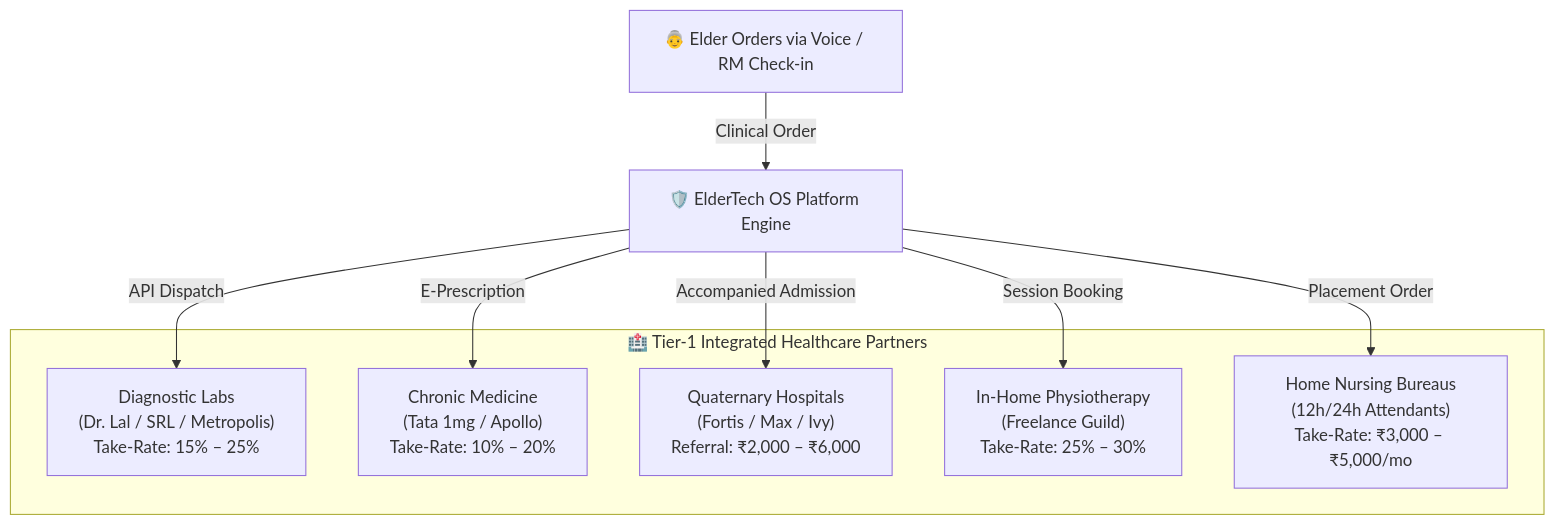
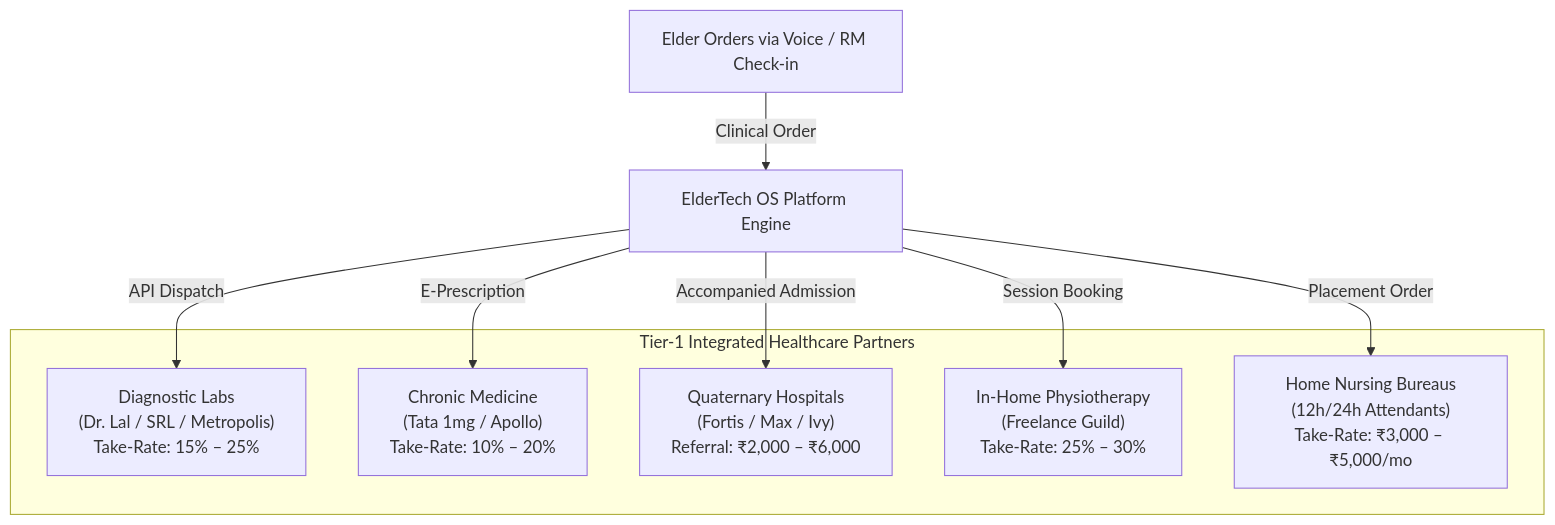
The diagram in wiki/src/content/docs/book/06-ecosystem-monetization-and-brand-integrations.md (sagar-anmol/gcfp), drawn with Mermaid before and after one commit. The commit also changed other lines of this file and 20 other files, not shown here.

````diff
--- a/wiki/src/content/docs/book/06-ecosystem-monetization-and-brand-integrations.md
+++ b/wiki/src/content/docs/book/06-ecosystem-monetization-and-brand-integrations.md
@@ -32,20 +32,20 @@
 ```mermaid
 flowchart TD
-    Elder["👵 Elder Orders via Voice / RM Check-in"]
-    Platform["🛡️ ElderTech OS Platform Engine"]
+ Elder["Elder Orders via Voice / RM Check-in"]
+ Platform["ElderTech OS Platform Engine"]
     
-    subgraph Clinical_Partners ["🏥 Tier-1 Integrated Healthcare Partners"]
+ subgraph Clinical_Partners ["Tier-1 Integrated Healthcare Partners"]
         Labs["Diagnostic Labs\n(Dr. Lal / SRL / Metropolis)\nTake-Rate: 15% – 25%"]
         Pharma["Chronic Medicine\n(Tata 1mg / Apollo)\nTake-Rate: 10% – 20%"]
         Hospitals["Quaternary Hospitals\n(Fortis / Max / Ivy)\nReferral: ₹2,000 – ₹6,000"]
         Physio["In-Home Physiotherapy\n(Freelance Guild)\nTake-Rate: 25% – 30%"]
         Nursing["Home Nursing Bureaus\n(12h/24h Attendants)\nTake-Rate: ₹3,000 – ₹5,000/mo"]
     end
 
     Elder -->|Clinical Order| Platform
     Platform -->|API Dispatch| Labs
     Platform -->|E-Prescription| Pharma
     Platform -->|Accompanied Admission| Hospitals
     Platform -->|Session Booking| Physio
     Platform -->|Placement Order| Nursing
 ```
````
